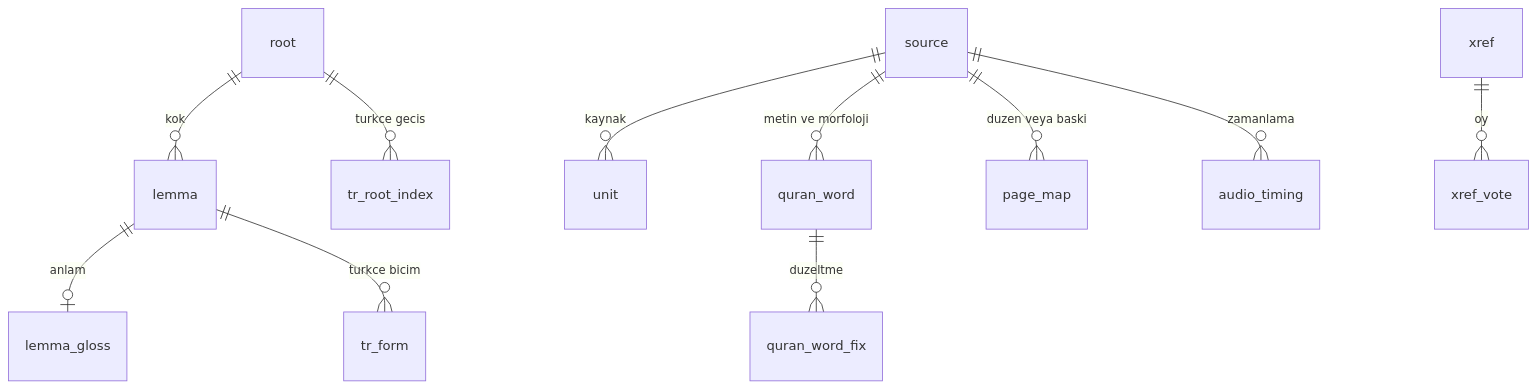
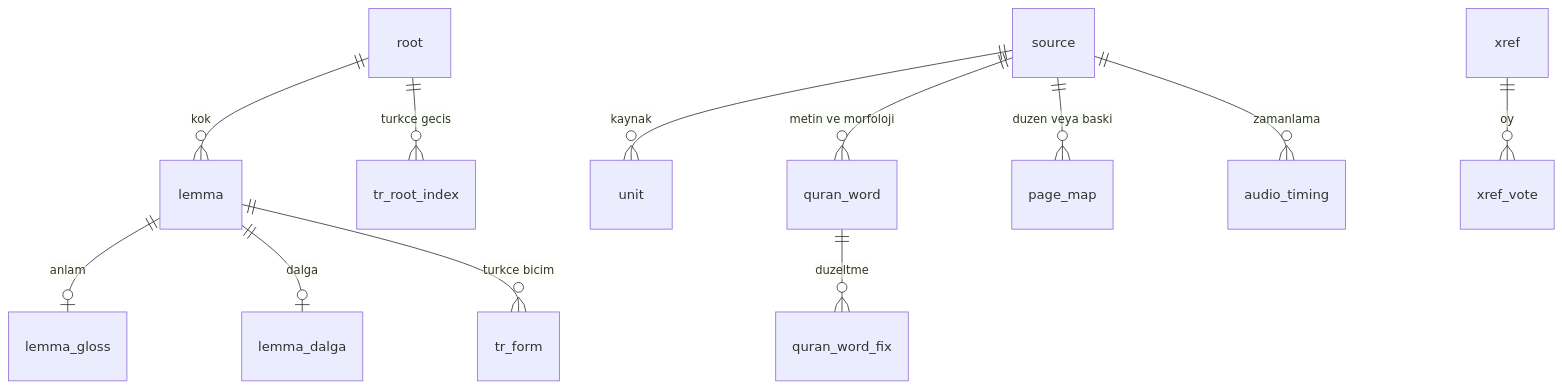
The first of 2 diagrams in docs/03-veri/02-editoryal-veritabani.md (karasaid379-hue/mutalaa), drawn with Mermaid before and after one commit. The commit also changed other lines of this file and 9 other files, not shown here.

Commit message:
docs(docs): align the content, schema and publishing docs with K-50

````diff
--- a/docs/03-veri/02-editoryal-veritabani.md
+++ b/docs/03-veri/02-editoryal-veritabani.md
@@ -16,13 +16,14 @@
 ```mermaid
 erDiagram
   source ||--o{ unit : "kaynak"
   source ||--o{ quran_word : "metin ve morfoloji"
   root ||--o{ lemma : "kok"
   lemma ||--o| lemma_gloss : "anlam"
+  lemma ||--o| lemma_dalga : "dalga"
   quran_word ||--o{ quran_word_fix : "duzeltme"
   lemma ||--o{ tr_form : "turkce bicim"
   root ||--o{ tr_root_index : "turkce gecis"
   xref ||--o{ xref_vote : "oy"
   source ||--o{ page_map : "duzen veya baski"
   source ||--o{ audio_timing : "zamanlama"
 ```
````
